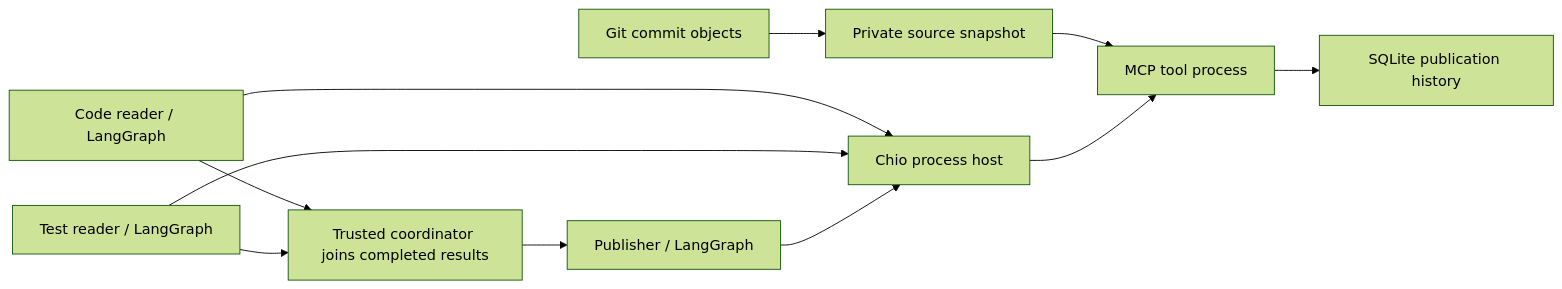
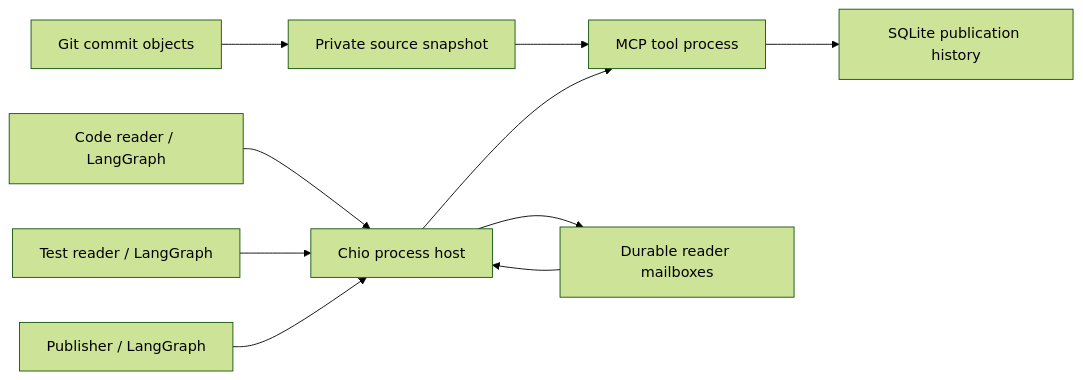
One commit to bb-connor/arc changed the diagram in examples/repository-review/ARCHITECTURE.md. Above: the diagram before and after it, drawn with Mermaid (forest theme). The commit also changed other lines of this file and 31 other files, not shown here.

Commit message:
feat(process): add durable capability-scoped mailboxes

````diff
--- a/examples/repository-review/ARCHITECTURE.md
+++ b/examples/repository-review/ARCHITECTURE.md
@@ -7,13 +7,12 @@
 ```mermaid
 flowchart LR
     Git[Git commit objects] --> Snapshot[Private source snapshot]
     Snapshot --> MCP[MCP tool process]
     Changes[Code reader / LangGraph] --> Host[Chio process host]
     Tests[Test reader / LangGraph] --> Host
     Publisher[Publisher / LangGraph] --> Host
     Host --> MCP
     MCP --> Reports[SQLite publication history]
-    Changes --> Join[Trusted coordinator joins completed results]
-    Tests --> Join
-    Join --> Publisher
+    Host --> Mailboxes[Durable reader mailboxes]
+    Mailboxes --> Host
 ```
````
